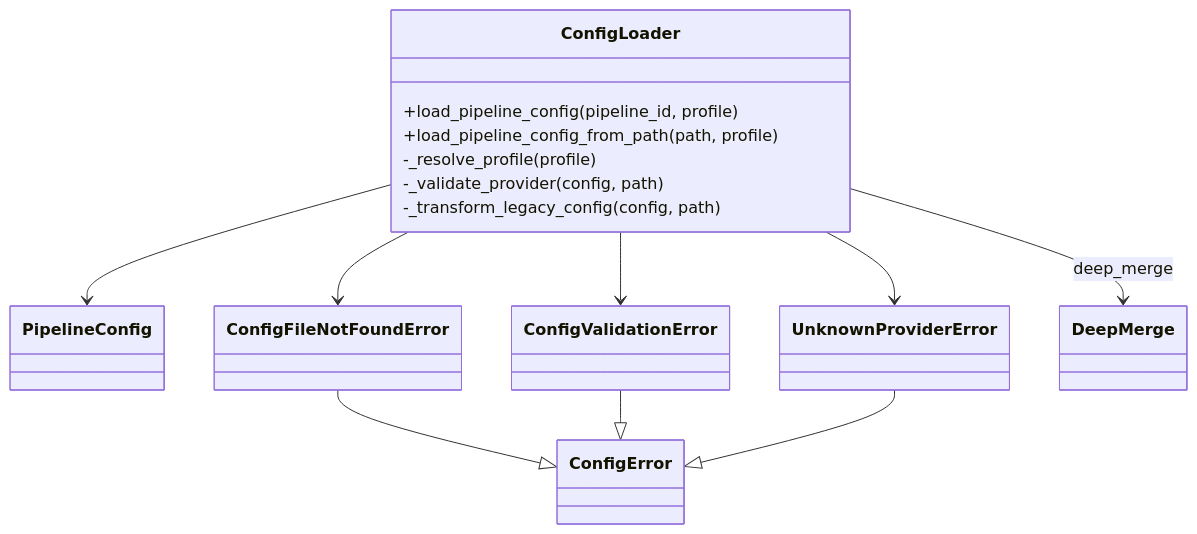
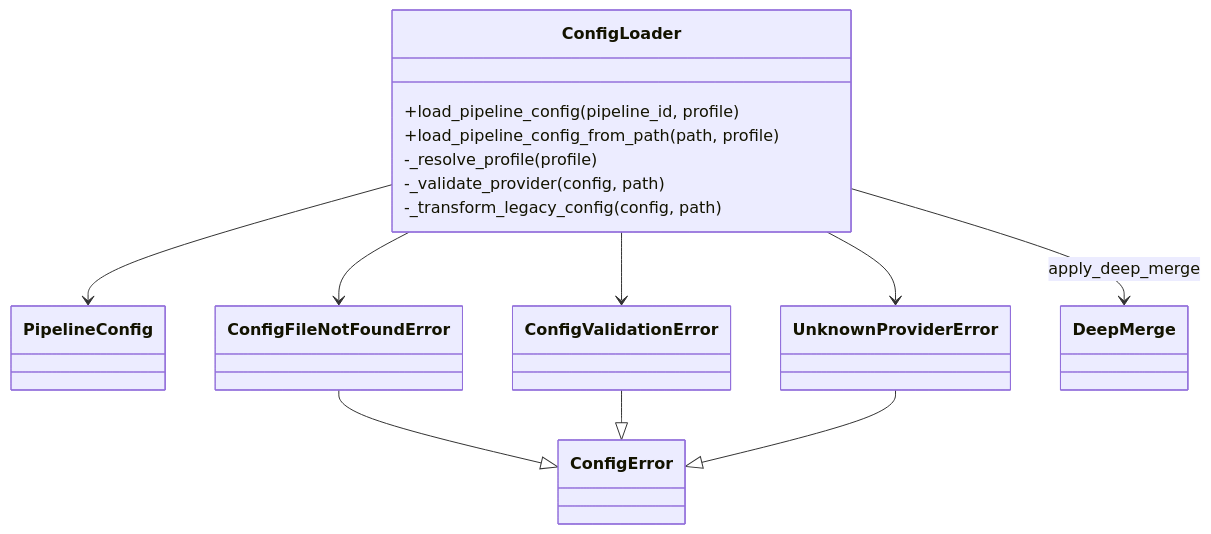
The diagram in docs/architecture/diagrams/class/14-config-loader-classes.mmd (SatoryKono/BioactivityDataAcquisition), drawn with Mermaid before and after one commit. The commit also changed 5 other files, not shown here.

Commit message:
Rename deep merge helper to apply_deep_merge

```diff
--- a/docs/architecture/diagrams/class/14-config-loader-classes.mmd
+++ b/docs/architecture/diagrams/class/14-config-loader-classes.mmd
@@ -1,29 +1,29 @@
 ---
 id: 2fbc0e6a-4f3d-4d73-8a1d-5f7b9fdf7f0d
 ---
 %%{init: {"class": {"domainPrimary": {"fill": "#f5f5f5", "stroke": "#444", "strokeWidth": 1.5, "color": "#111", "fontSize": "22px"}, "domainSecondary": {"fill": "#e3e7ec", "stroke": "#555", "strokeWidth": 1.2, "color": "#111", "fontSize": "18px"}, "interface": {"fill": "#dde7f2", "stroke": "#44546a", "strokeWidth": 1.5, "color": "#111", "fontSize": "22px"}}}}%%
 classDiagram-v2
 
 class ConfigLoader {
   +load_pipeline_config(pipeline_id, profile)
   +load_pipeline_config_from_path(path, profile)
   -_resolve_profile(profile)
   -_validate_provider(config, path)
   -_transform_legacy_config(config, path)
 }
 
 class PipelineConfig
 class ConfigError
 class ConfigFileNotFoundError
 class ConfigValidationError
 class UnknownProviderError
 class DeepMerge
 
 ConfigFileNotFoundError --|> ConfigError
 ConfigValidationError --|> ConfigError
 UnknownProviderError --|> ConfigError
 ConfigLoader --> PipelineConfig
-ConfigLoader --> DeepMerge : deep_merge
+ConfigLoader --> DeepMerge : apply_deep_merge
 ConfigLoader --> ConfigFileNotFoundError
 ConfigLoader --> ConfigValidationError
 ConfigLoader --> UnknownProviderError
```
